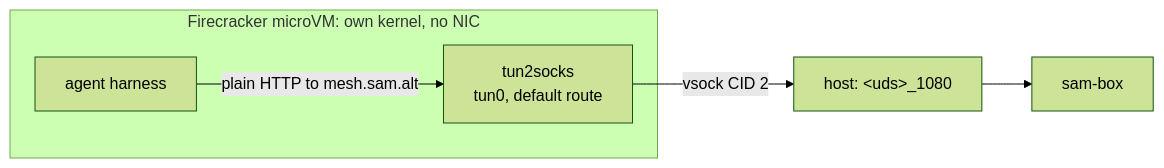
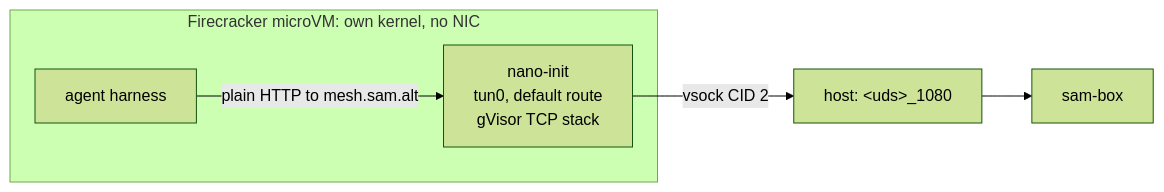
Before and after one commit to HosniBelfeki/sam: the second of 2 diagrams in site/content/docs/user/running-agents.md, drawn with Mermaid (forest theme). The commit also changed other lines of this file and 3 other files, not shown here.

````diff
--- a/site/content/docs/user/running-agents.md
+++ b/site/content/docs/user/running-agents.md
@@ -232,10 +238,10 @@
 ```mermaid
 flowchart LR
   subgraph vm["Firecracker microVM: own kernel, no NIC"]
     A["agent harness"]
-    T["tun2socks<br/>tun0, default route"]
+    T["nano-init<br/>tun0, default route<br/>gVisor TCP stack"]
     A -- "plain HTTP to mesh.sam.alt" --> T
   end
   T -- "vsock CID 2" --> V["host: &lt;uds&gt;_1080"]
   V --> B["sam-box"]
 ```
````
